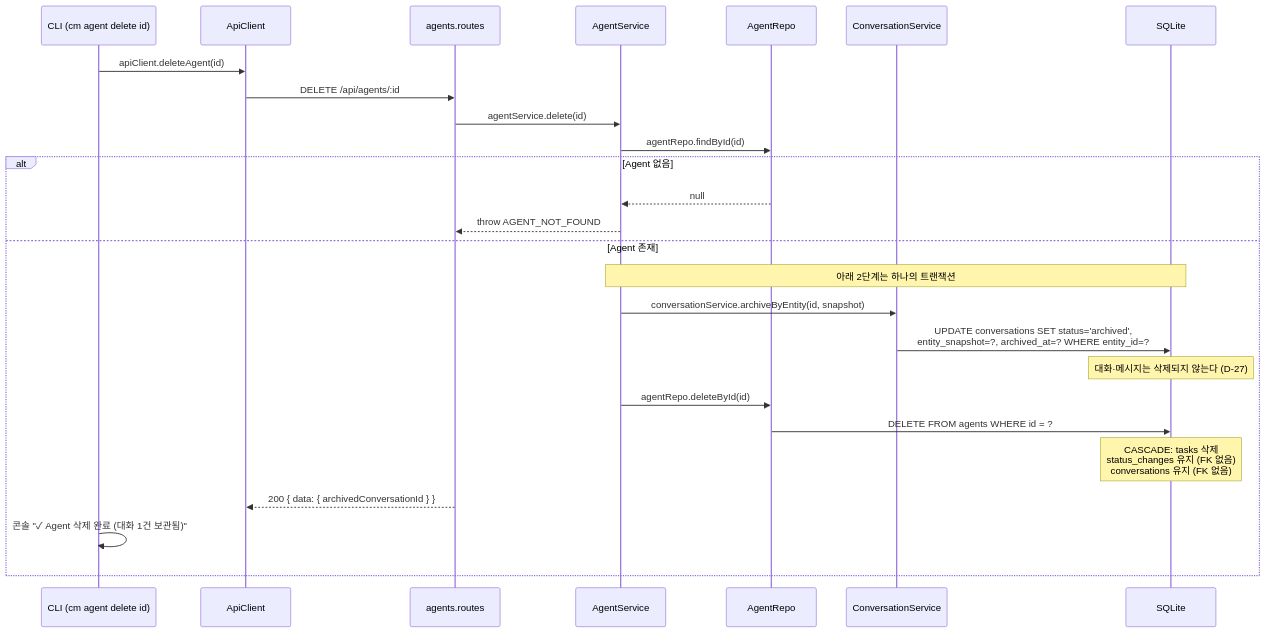
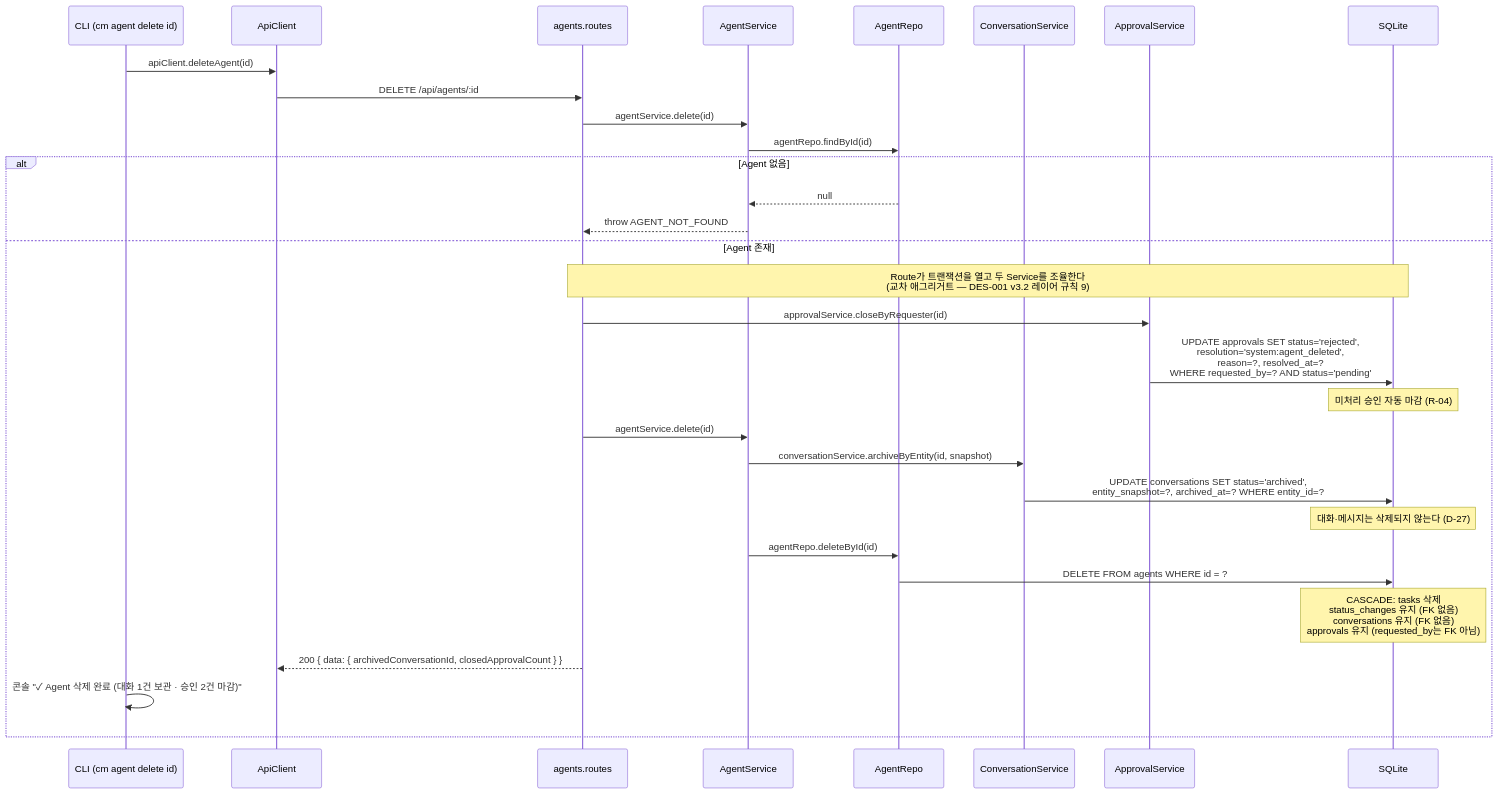
Before and after one commit to AI-Agent-Jeon/ClaudeManager-v2: diagram 13 of 19 in docs/design/des-004-sequence-dataflow.md, drawn with Mermaid. The commit also changed other lines of this file and 10 other files, not shown here.

````diff
--- a/docs/design/des-004-sequence-dataflow.md
+++ b/docs/design/des-004-sequence-dataflow.md
@@ -1028,29 +1028,34 @@
 ```mermaid
 sequenceDiagram
     participant CLI as CLI (cm agent delete id)
     participant AC as ApiClient
     participant R as agents.routes
     participant S as AgentService
     participant AR as AgentRepo
     participant CS as ConversationService
+    participant AS as ApprovalService
     participant DB as SQLite
 
     CLI->>AC: apiClient.deleteAgent(id)
     AC->>R: DELETE /api/agents/:id
     R->>S: agentService.delete(id)
     S->>AR: agentRepo.findById(id)
     alt Agent 없음
         AR-->>S: null
         S-->>R: throw AGENT_NOT_FOUND
     else Agent 존재
-        Note over S,DB: 아래 2단계는 하나의 트랜잭션
+        Note over R,DB: Route가 트랜잭션을 열고 두 Service를 조율한다<br>(교차 애그리거트 — DES-001 v3.2 레이어 규칙 9)
+        R->>AS: approvalService.closeByRequester(id)
+        AS->>DB: UPDATE approvals SET status='rejected',<br>resolution='system:agent_deleted',<br>reason=?, resolved_at=?<br>WHERE requested_by=? AND status='pending'
+        Note over DB: 미처리 승인 자동 마감 (R-04)
+        R->>S: agentService.delete(id)
         S->>CS: conversationService.archiveByEntity(id, snapshot)
         CS->>DB: UPDATE conversations SET status='archived',<br>entity_snapshot=?, archived_at=? WHERE entity_id=?
         Note over DB: 대화·메시지는 삭제되지 않는다 (D-27)
         S->>AR: agentRepo.deleteById(id)
         AR->>DB: DELETE FROM agents WHERE id = ?
-        Note over DB: CASCADE: tasks 삭제<br>status_changes 유지 (FK 없음)<br>conversations 유지 (FK 없음)
-        R-->>AC: 200 { data: { archivedConversationId } }
-        CLI->>CLI: 콘솔 "✓ Agent 삭제 완료 (대화 1건 보관됨)"
+        Note over DB: CASCADE: tasks 삭제<br>status_changes 유지 (FK 없음)<br>conversations 유지 (FK 없음)<br>approvals 유지 (requested_by는 FK 아님)
+        R-->>AC: 200 { data: { archivedConversationId, closedApprovalCount } }
+        CLI->>CLI: 콘솔 "✓ Agent 삭제 완료 (대화 1건 보관 · 승인 2건 마감)"
     end
 ```
````
